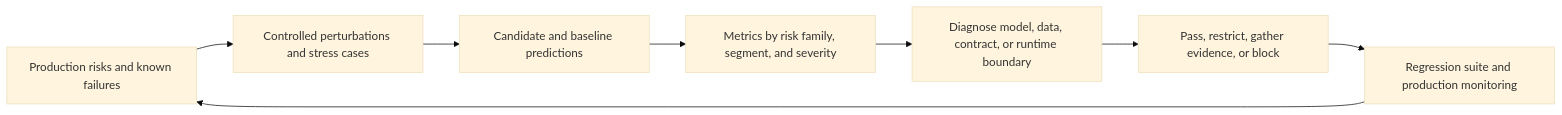
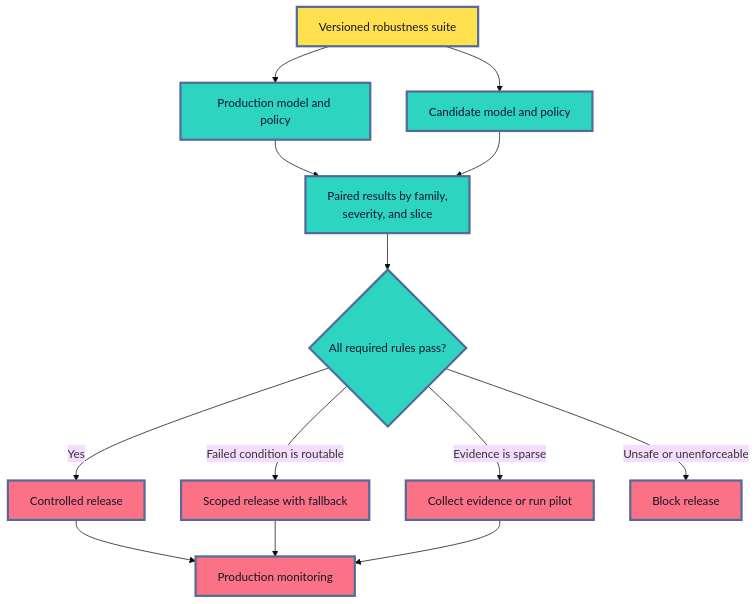
Diagram 11 of 12 in roadmaps/mlops/modules/model-evaluation/production-readiness/03-robustness-testing-before-release.md (senlinyy/dev-roadmaps), drawn with Mermaid (base theme) before and after one commit. The commit also changed other lines of this file and 198 other files, not shown here.

````diff
--- a/roadmaps/mlops/modules/model-evaluation/production-readiness/03-robustness-testing-before-release.md
+++ b/roadmaps/mlops/modules/model-evaluation/production-readiness/03-robustness-testing-before-release.md
@@ -22,10 +759,22 @@
 ```mermaid
-flowchart LR
-    R["Production risks and known failures"] --> T["Controlled perturbations and stress cases"]
-    T --> C["Candidate and baseline predictions"]
-    C --> M["Metrics by risk family, segment, and severity"]
-    M --> D["Diagnose model, data, contract, or runtime boundary"]
-    D --> G["Pass, restrict, gather evidence, or block"]
-    G --> S["Regression suite and production monitoring"]
-    S --> R
+flowchart TD
+    A["Versioned robustness suite"] --> B["Production model and policy"]
+    A --> C["Candidate model and policy"]
+    B --> D["Paired results by family,<br/>severity, and slice"]
+    C --> D
+    D --> E{"All required rules pass?"}
+    E -->|"Yes"| F["Controlled release"]
+    E -->|"Failed condition is routable"| G["Scoped release with fallback"]
+    E -->|"Evidence is sparse"| H["Collect evidence or run pilot"]
+    E -->|"Unsafe or unenforceable"| I["Block release"]
+    F --> J["Production monitoring"]
+    G --> J
+    H --> J
+
+    classDef suite fill:#FFE04F,stroke:#536A9A,stroke-width:3px,color:#111827
+    classDef compare fill:#2DD4BF,stroke:#536A9A,stroke-width:3px,color:#0F172A
+    classDef decision fill:#FB7185,stroke:#536A9A,stroke-width:3px,color:#111827
+    class A suite
+    class B,C,D,E compare
+    class F,G,H,I,J decision
 ```
````
